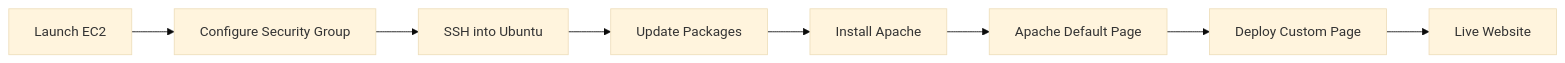
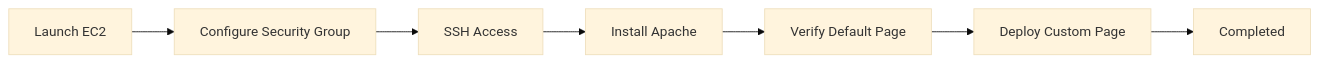
Before and after one commit to ChanduVattikulla/aws-cloud-projects: the second of 2 diagrams in Task-2-EC2-Apache/README.md, drawn with Mermaid (base theme). The commit also changed other lines of this file, not shown here.

````diff
--- a/Task-2-EC2-Apache/README.md
+++ b/Task-2-EC2-Apache/README.md
@@ -49,18 +38,10 @@
 ```mermaid
 flowchart LR
-
-A[Launch EC2]
--->B[Configure Security Group]
-
-B-->C[SSH into Ubuntu]
-
-C-->D[Update Packages]
-
-D-->E[Install Apache]
-
-E-->F[Apache Default Page]
-
-F-->G[Deploy Custom Page]
-
-G-->H[Live Website]
+    A[Launch EC2]
+    --> B[Configure Security Group]
+    --> C[SSH Access]
+    --> D[Install Apache]
+    --> E[Verify Default Page]
+    --> F[Deploy Custom Page]
+    --> G[Completed]
 ```
````
